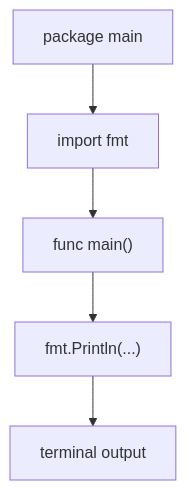
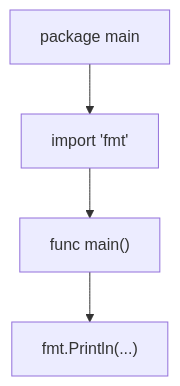
One commit to rasel9t6/the-go-engineer changed the diagram in 01-getting-started/2-hello-world/README.md. Above: the diagram before and after it, drawn with Mermaid. The commit also changed other lines of this file and 15 other files, not shown here.

````diff
--- a/01-getting-started/2-hello-world/README.md
+++ b/01-getting-started/2-hello-world/README.md
@@ -24,7 +20,6 @@
 ```mermaid
 graph TD
-    A["package main"] --> B["import fmt"]
+    A["package main"] --> B["import 'fmt'"]
     B --> C["func main()"]
     C --> D["fmt.Println(...)"]
-    D --> E["terminal output"]
 ```
````
